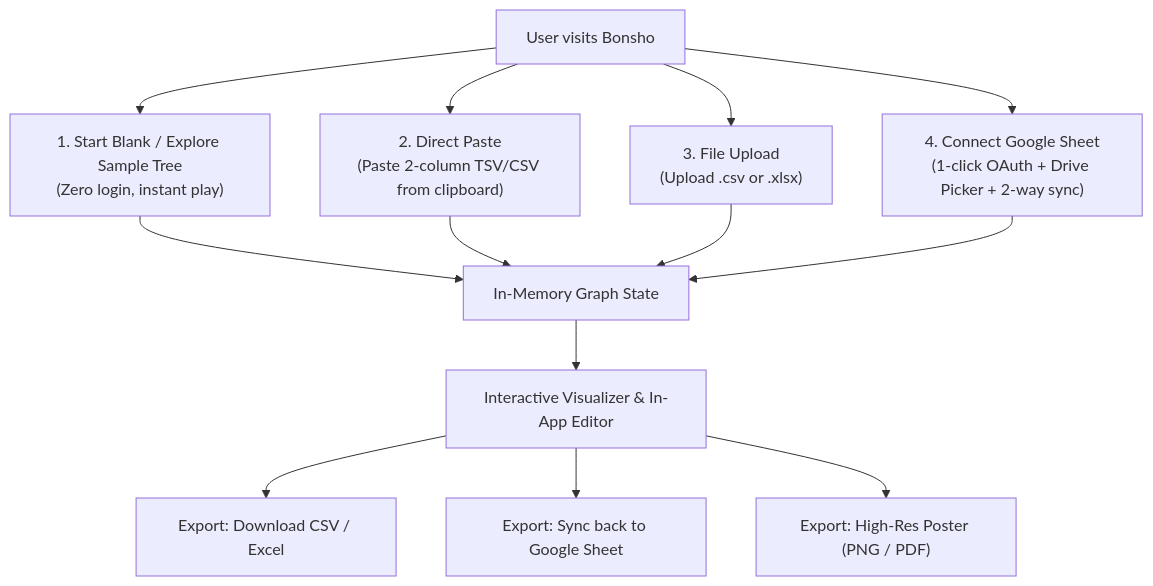
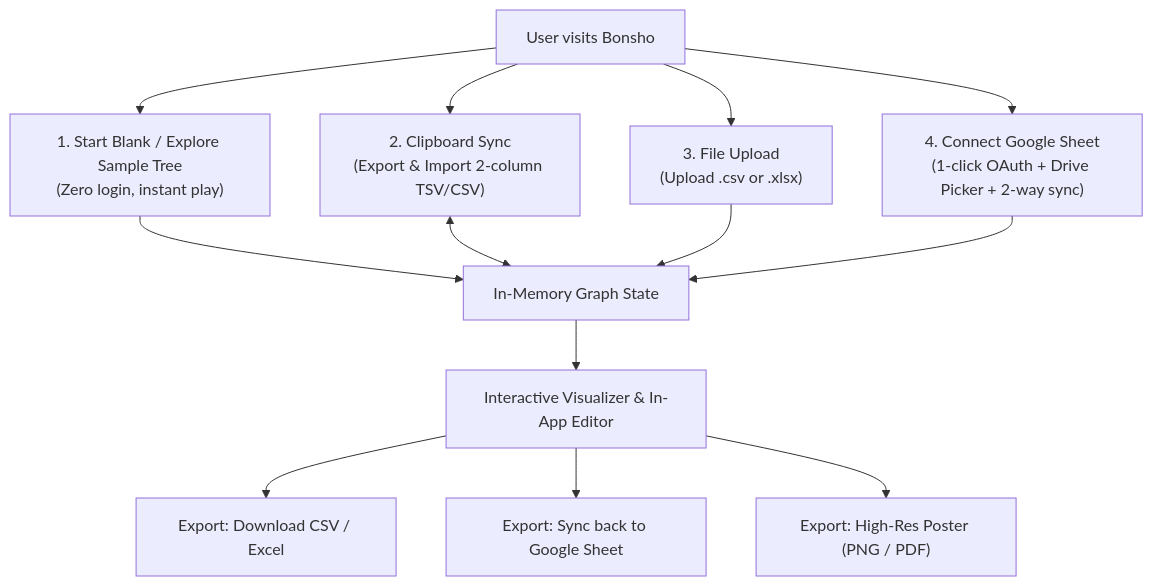
Before and after one commit to bonsho-bd/bonsho-bd.github.io: the diagram in docs/ARCHITECTURE.md, drawn with Mermaid. The commit also changed other lines of this file, not shown here.

Commit message:
docs: update ARCHITECTURE.md for Clipboard Sync and Canvas Click

````diff
--- a/docs/ARCHITECTURE.md
+++ b/docs/ARCHITECTURE.md
@@ -30,18 +30,18 @@
 ```mermaid
 graph TD
     A[User visits Bonsho] --> B1["1. Start Blank / Explore Sample Tree<br/>(Zero login, instant play)"]
-    A --> B2["2. Direct Paste<br/>(Paste 2-column TSV/CSV from clipboard)"]
+    A --> B2["2. Clipboard Sync<br/>(Export & Import 2-column TSV/CSV)"]
     A --> B3["3. File Upload<br/>(Upload .csv or .xlsx)"]
     A --> B4["4. Connect Google Sheet<br/>(1-click OAuth + Drive Picker + 2-way sync)"]
 
     B1 --> C[In-Memory Graph State]
-    B2 --> C
+    B2 <--> C
     B3 --> C
     B4 --> C
 
     C --> D[Interactive Visualizer & In-App Editor]
 
     D --> E1["Export: Download CSV / Excel"]
     D --> E2["Export: Sync back to Google Sheet"]
     D --> E3["Export: High-Res Poster (PNG / PDF)"]
 ```
````
